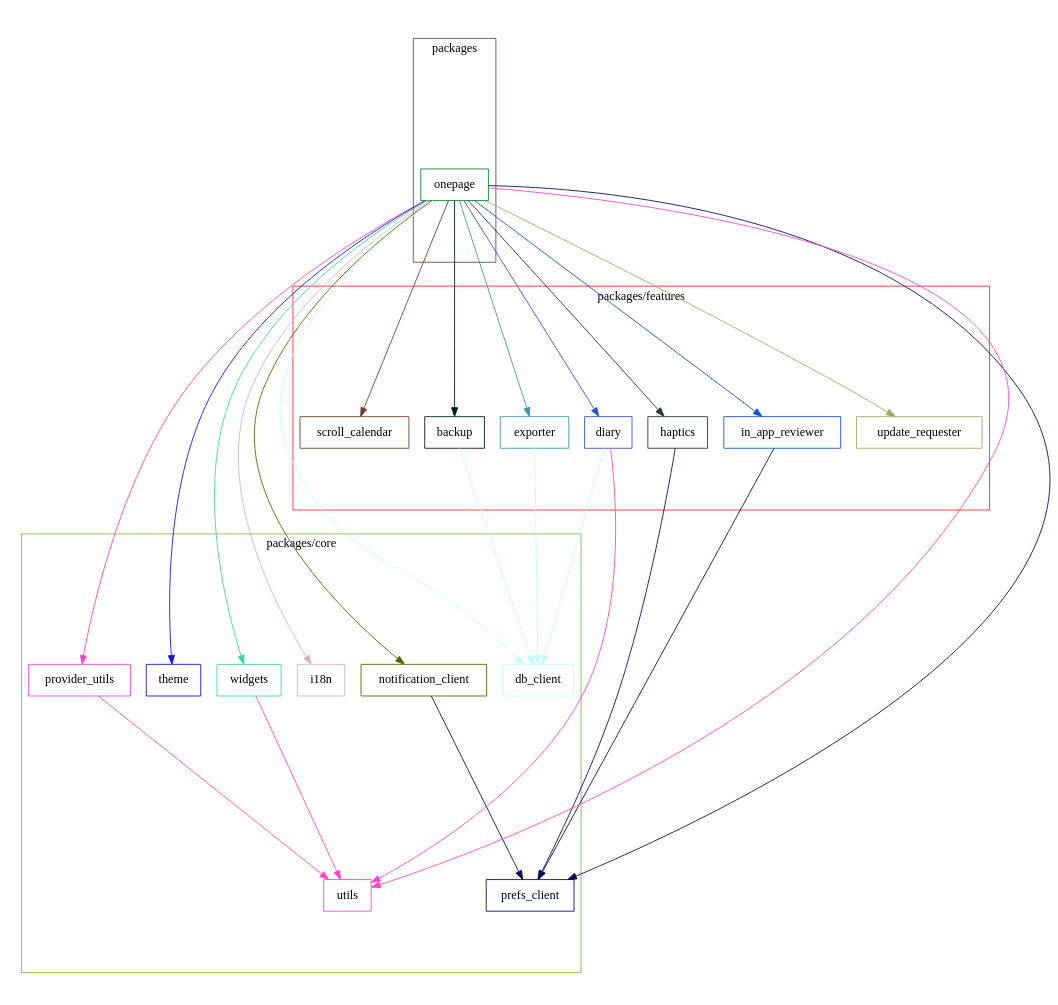
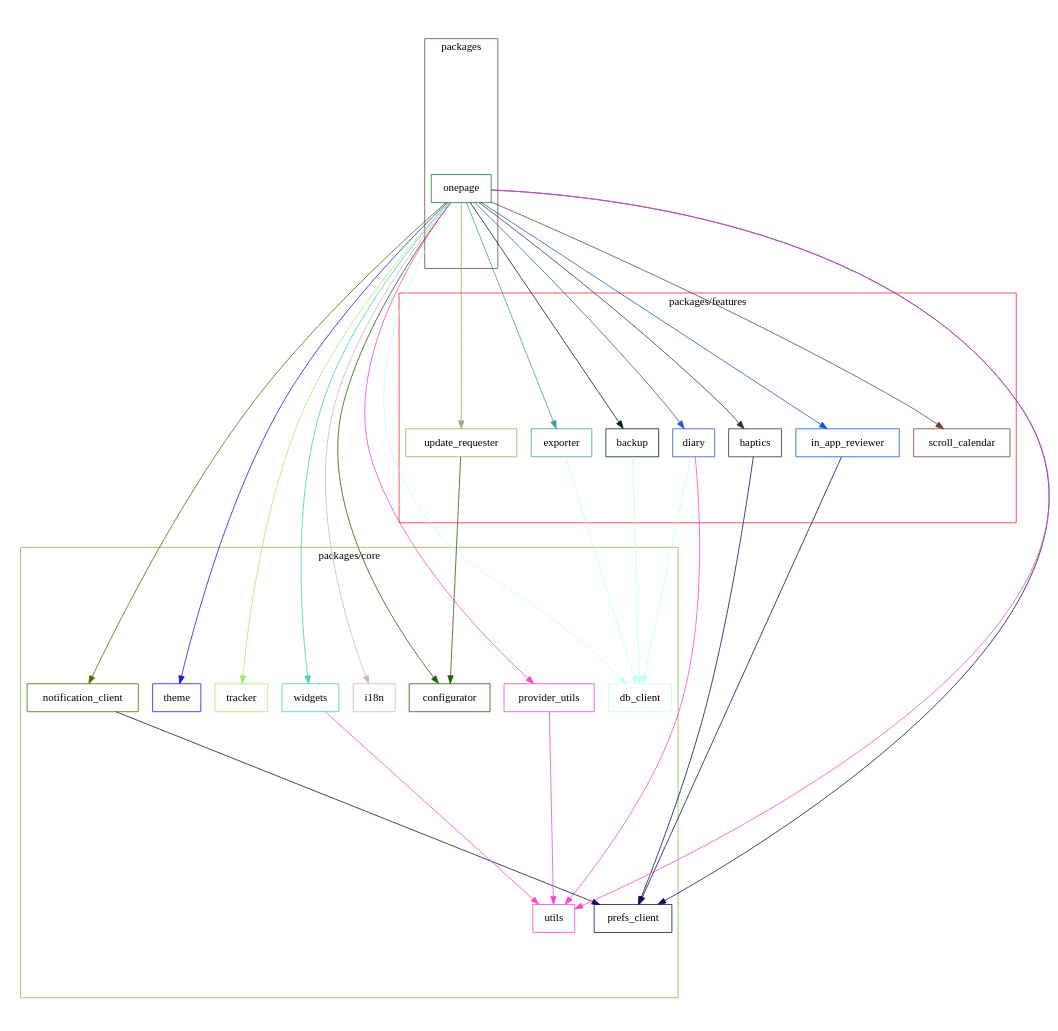
The diagram in docs/dependency_graph.dot (naipaka/onepage), drawn with Graphviz before and after one commit. The commit also changed 1 other file, not shown here.

Commit message:
Update Dependency Graph and SVG image (#132)

```diff
--- a/docs/dependency_graph.dot
+++ b/docs/dependency_graph.dot
@@ -1,71 +1,78 @@
 digraph packages {
   size="10"; ratio=fill;
   backup [shape="box"; color="#022013"];
+  configurator [shape="box"; color="#205f06"];
   db_client [shape="box"; color="#c4fbfc"];
   diary [shape="box"; color="#2c56bd"];
   exporter [shape="box"; color="#3e99a6"];
   haptics [shape="box"; color="#26343c"];
   i18n [shape="box"; color="#d7afc5"];
   in_app_reviewer [shape="box"; color="#1253da"];
   notification_client [shape="box"; color="#4d6b02"];
   onepage [shape="box"; color="#08802d"];
   prefs_client [shape="box"; color="#080f51"];
   provider_utils [shape="box"; color="#f445c4"];
   scroll_calendar [shape="box"; color="#713e2e"];
   theme [shape="box"; color="#1214e6"];
+  tracker [shape="box"; color="#a0eb6a"];
   update_requester [shape="box"; color="#a2aa60"];
   utils [shape="box"; color="#f548cf"];
   widgets [shape="box"; color="#3ed5a4"];
   backup -> db_client [style="filled"; color="#c4fbfc"];
   diary -> db_client [style="filled"; color="#c4fbfc"];
   diary -> utils [style="filled"; color="#f548cf"];
   exporter -> db_client [style="filled"; color="#c4fbfc"];
   haptics -> prefs_client [style="filled"; color="#080f51"];
   in_app_reviewer -> prefs_client [style="filled"; color="#080f51"];
   notification_client -> prefs_client [style="filled"; color="#080f51"];
   onepage -> backup [style="filled"; color="#022013"];
+  onepage -> configurator [style="filled"; color="#205f06"];
   onepage -> db_client [style="filled"; color="#c4fbfc"];
   onepage -> diary [style="filled"; color="#2c56bd"];
   onepage -> exporter [style="filled"; color="#3e99a6"];
   onepage -> haptics [style="filled"; color="#26343c"];
   onepage -> i18n [style="filled"; color="#d7afc5"];
   onepage -> in_app_reviewer [style="filled"; color="#1253da"];
   onepage -> notification_client [style="filled"; color="#4d6b02"];
   onepage -> prefs_client [style="filled"; color="#080f51"];
   onepage -> provider_utils [style="filled"; color="#f445c4"];
   onepage -> scroll_calendar [style="filled"; color="#713e2e"];
   onepage -> theme [style="filled"; color="#1214e6"];
+  onepage -> tracker [style="filled"; color="#a0eb6a"];
   onepage -> update_requester [style="filled"; color="#a2aa60"];
   onepage -> utils [style="filled"; color="#f548cf"];
   onepage -> widgets [style="filled"; color="#3ed5a4"];
   provider_utils -> utils [style="filled"; color="#f548cf"];
+  update_requester -> configurator [style="filled"; color="#205f06"];
   widgets -> utils [style="filled"; color="#f548cf"];
   subgraph "cluster packages/features" {
     label="packages/features";
     color="#f62736";
     backup;
     diary;
     exporter;
     haptics;
     in_app_reviewer;
     scroll_calendar;
     update_requester;
   }
   subgraph "cluster packages/core" {
     label="packages/core";
     color="#7bbd47";
+    configurator;
     db_client;
     i18n;
     notification_client;
     prefs_client;
     provider_utils;
     theme;
+    tracker;
     utils;
     widgets;
   }
   subgraph "cluster packages" {
     label="packages";
     color="#6b4949";
     onepage;
   }
 }
```
